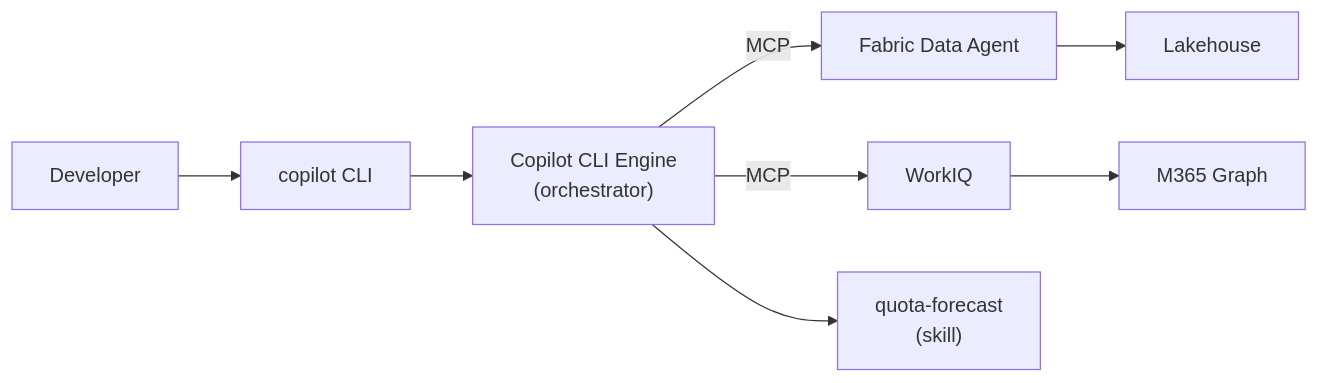
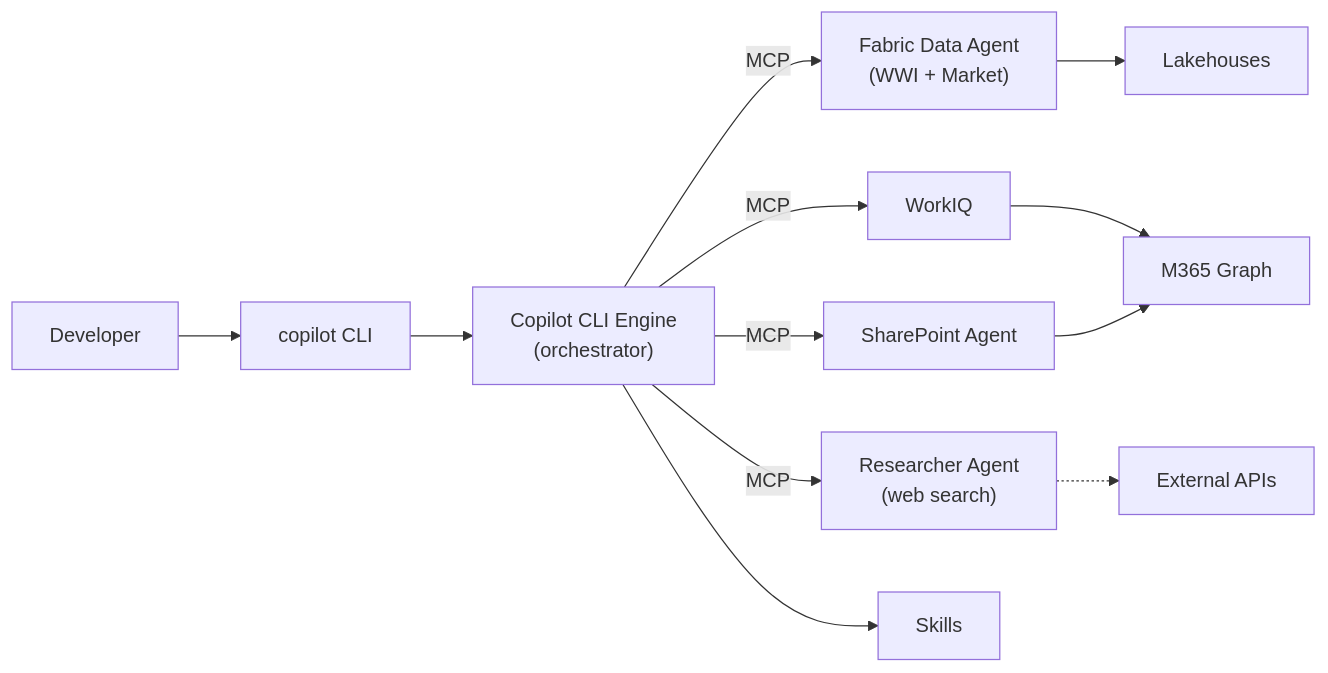
The diagram in website/docs/architecture/cli-surface.md (ericchansen/agent-demo-dev), drawn with Mermaid before and after one commit. The commit also changed 12 other files, not shown here.

````diff
--- a/website/docs/architecture/cli-surface.md
+++ b/website/docs/architecture/cli-surface.md
@@ -12,10 +12,14 @@
 ```mermaid
 flowchart LR
     User["Developer"] --> CLI["copilot CLI"]
     CLI --> Engine["Copilot CLI Engine\n(orchestrator)"]
-    Engine -->|MCP| FDA["Fabric Data Agent"]
+    Engine -->|MCP| FDA["Fabric Data Agent\n(WWI + Market)"]
     Engine -->|MCP| WIQ["WorkIQ"]
-    Engine --> Skill["quota-forecast\n(skill)"]
-    FDA --> LH["Lakehouse"]
+    Engine -->|MCP| Researcher["Researcher Agent\n(web search)"]
+    Engine -->|MCP| SP["SharePoint Agent"]
+    Engine --> Skills["Skills"]
+    FDA --> LH["Lakehouses"]
     WIQ --> Graph["M365 Graph"]
+    SP --> Graph
+    Researcher -.-> Web["External APIs"]
 ```
````
